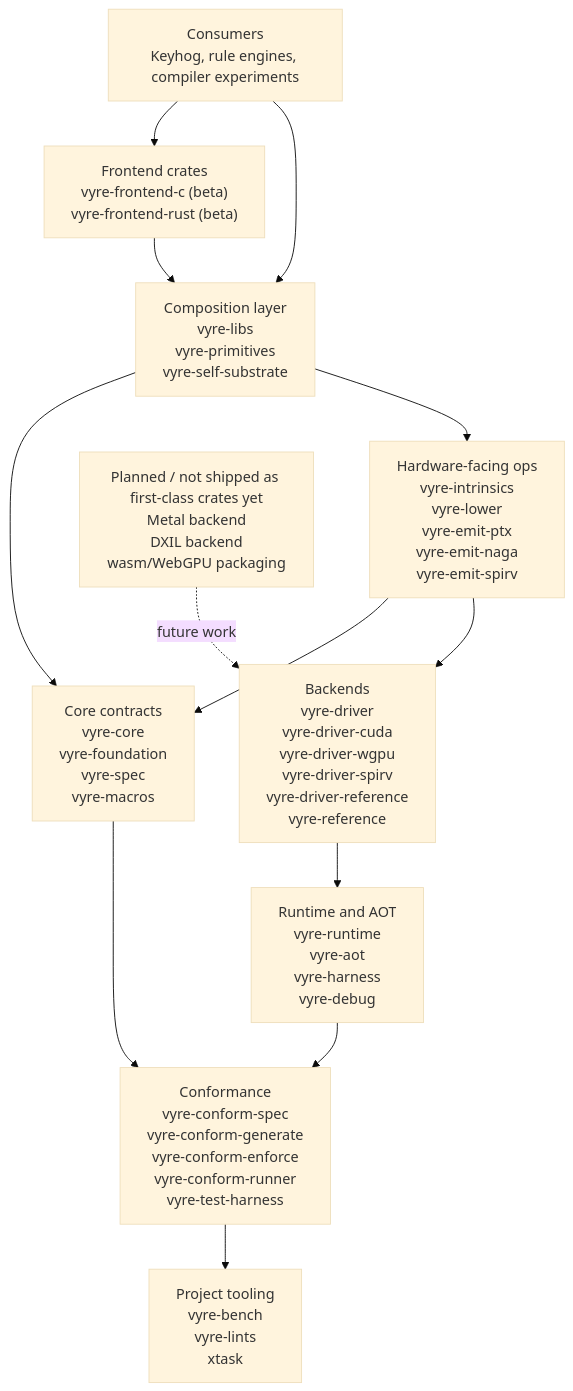
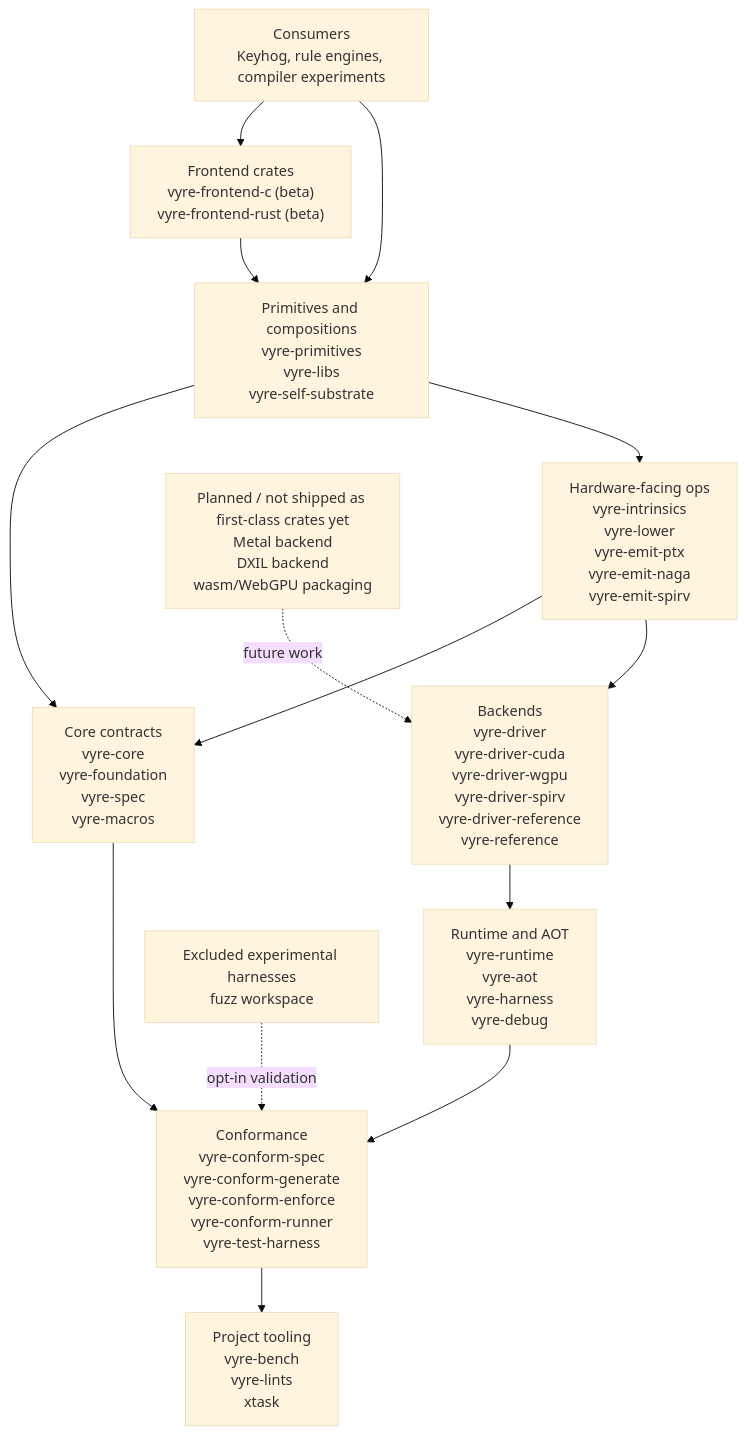
Before and after one commit to santhsecurity/vyre: the diagram in README.md, drawn with Mermaid (base theme). The commit also changed other lines of this file, not shown here.

Commit message:
vyre: calm public readme scope

````diff
--- a/README.md
+++ b/README.md
@@ -20,26 +20,28 @@
 ```mermaid
 flowchart TB
     app["Consumers<br/>Keyhog, rule engines, compiler experiments"]
     front["Frontend crates<br/>vyre-frontend-c (beta)<br/>vyre-frontend-rust (beta)"]
-    libs["Composition layer<br/>vyre-libs<br/>vyre-primitives<br/>vyre-self-substrate"]
+    libs["Primitives and compositions<br/>vyre-primitives<br/>vyre-libs<br/>vyre-self-substrate"]
     core["Core contracts<br/>vyre-core<br/>vyre-foundation<br/>vyre-spec<br/>vyre-macros"]
     intr["Hardware-facing ops<br/>vyre-intrinsics<br/>vyre-lower<br/>vyre-emit-ptx<br/>vyre-emit-naga<br/>vyre-emit-spirv"]
     backends["Backends<br/>vyre-driver<br/>vyre-driver-cuda<br/>vyre-driver-wgpu<br/>vyre-driver-spirv<br/>vyre-driver-reference<br/>vyre-reference"]
     runtime["Runtime and AOT<br/>vyre-runtime<br/>vyre-aot<br/>vyre-harness<br/>vyre-debug"]
     conform["Conformance<br/>vyre-conform-spec<br/>vyre-conform-generate<br/>vyre-conform-enforce<br/>vyre-conform-runner<br/>vyre-test-harness"]
     qa["Project tooling<br/>vyre-bench<br/>vyre-lints<br/>xtask"]
     planned["Planned / not shipped as first-class crates yet<br/>Metal backend<br/>DXIL backend<br/>wasm/WebGPU packaging"]
+    excluded["Excluded experimental harnesses<br/>fuzz workspace"]
 
     app --> front
     app --> libs
     front --> libs
     libs --> core
     libs --> intr
     intr --> core
     intr --> backends
     backends --> runtime
     runtime --> conform
     conform --> qa
     core --> conform
     planned -. future work .-> backends
+    excluded -. opt-in validation .-> conform
 ```
````
